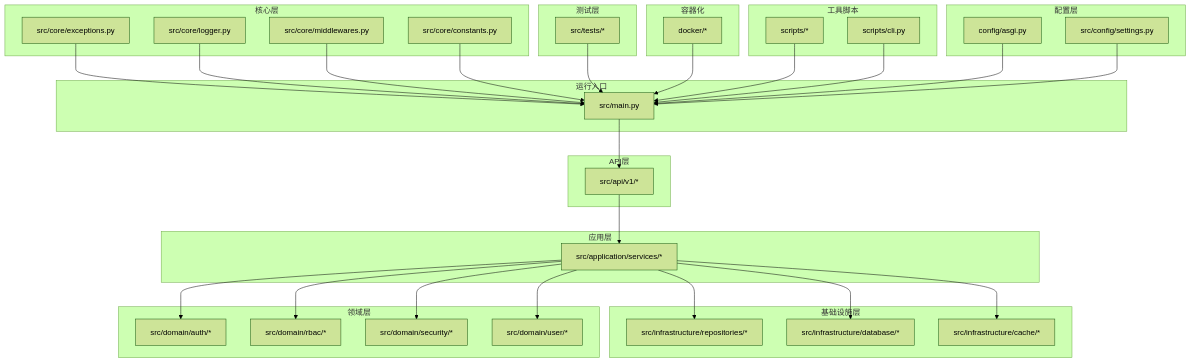
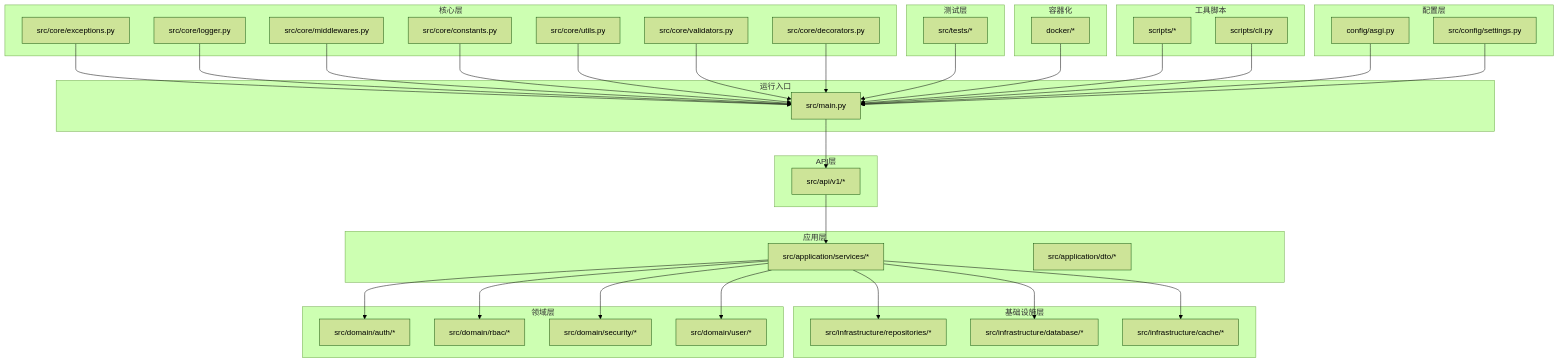
The first of 6 diagrams in .qoder/repowiki/zh/content/开发者指南.md (taoweidong/Hello-FastApi), drawn with Mermaid (forest theme) before and after one commit. The commit also changed other lines of this file and 11 other files, not shown here.

````diff
--- a/.qoder/repowiki/zh/content/开发者指南.md
+++ b/.qoder/repowiki/zh/content/开发者指南.md
@@ -51,62 +59,69 @@
 ```mermaid
 graph TB
 subgraph "配置层"
 CFG1["config/asgi.py"]
 CFG2["src/config/settings.py"]
 end
 subgraph "核心层"
 CORE1["src/core/exceptions.py"]
 CORE2["src/core/logger.py"]
 CORE3["src/core/middlewares.py"]
 CORE4["src/core/constants.py"]
+CORE5["src/core/utils.py"]
+CORE6["src/core/validators.py"]
+CORE7["src/core/decorators.py"]
 end
 subgraph "应用层"
 APP1["src/application/services/*"]
+APP2["src/application/dto/*"]
 end
 subgraph "领域层"
 DOMAIN1["src/domain/auth/*"]
 DOMAIN2["src/domain/rbac/*"]
 DOMAIN3["src/domain/security/*"]
 DOMAIN4["src/domain/user/*"]
 end
 subgraph "基础设施层"
 INFRA1["src/infrastructure/database/*"]
 INFRA2["src/infrastructure/cache/*"]
 INFRA3["src/infrastructure/repositories/*"]
 end
 subgraph "API层"
 API1["src/api/v1/*"]
 end
 subgraph "运行入口"
 MAIN["src/main.py"]
 end
 subgraph "测试层"
 TESTS["src/tests/*"]
 end
 subgraph "工具脚本"
 SCRIPTS["scripts/*"]
 CLI["scripts/cli.py"]
 end
 subgraph "容器化"
 DOCKER["docker/*"]
 end
 MAIN --> API1
 API1 --> APP1
 APP1 --> DOMAIN1
 APP1 --> DOMAIN2
 APP1 --> DOMAIN3
 APP1 --> DOMAIN4
 APP1 --> INFRA3
 APP1 --> INFRA1
 APP1 --> INFRA2
 CORE1 --> MAIN
 CORE2 --> MAIN
 CORE3 --> MAIN
 CORE4 --> MAIN
+CORE5 --> MAIN
+CORE6 --> MAIN
+CORE7 --> MAIN
 TESTS --> MAIN
 SCRIPTS --> MAIN
 DOCKER --> MAIN
 CFG1 --> MAIN
 CFG2 --> MAIN
 CLI --> MAIN
 ```
````
